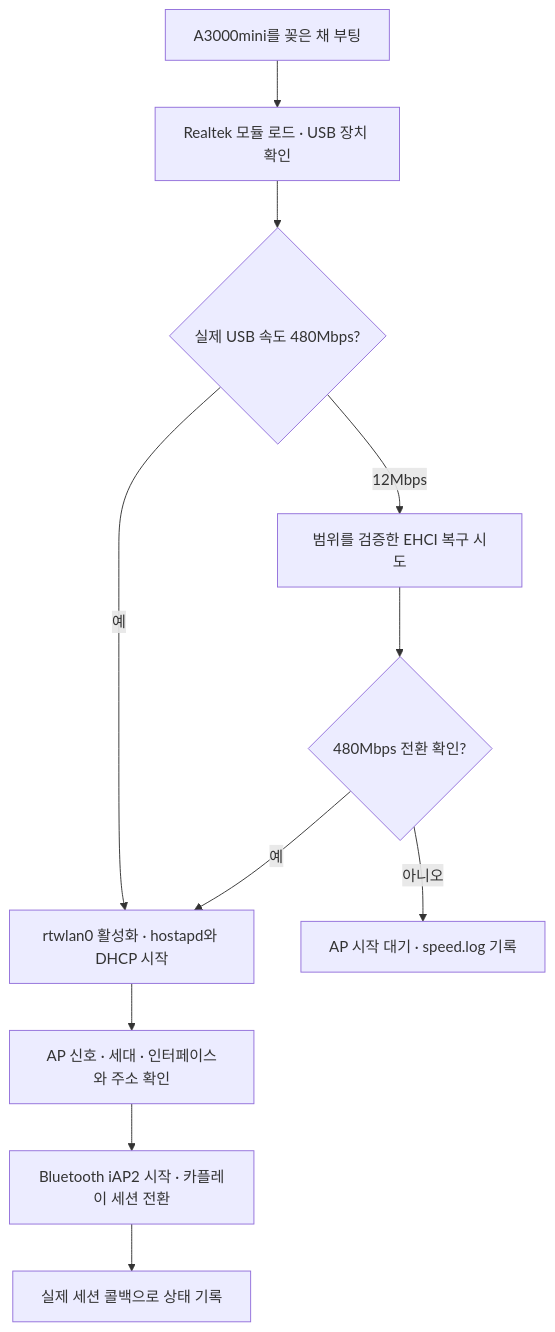
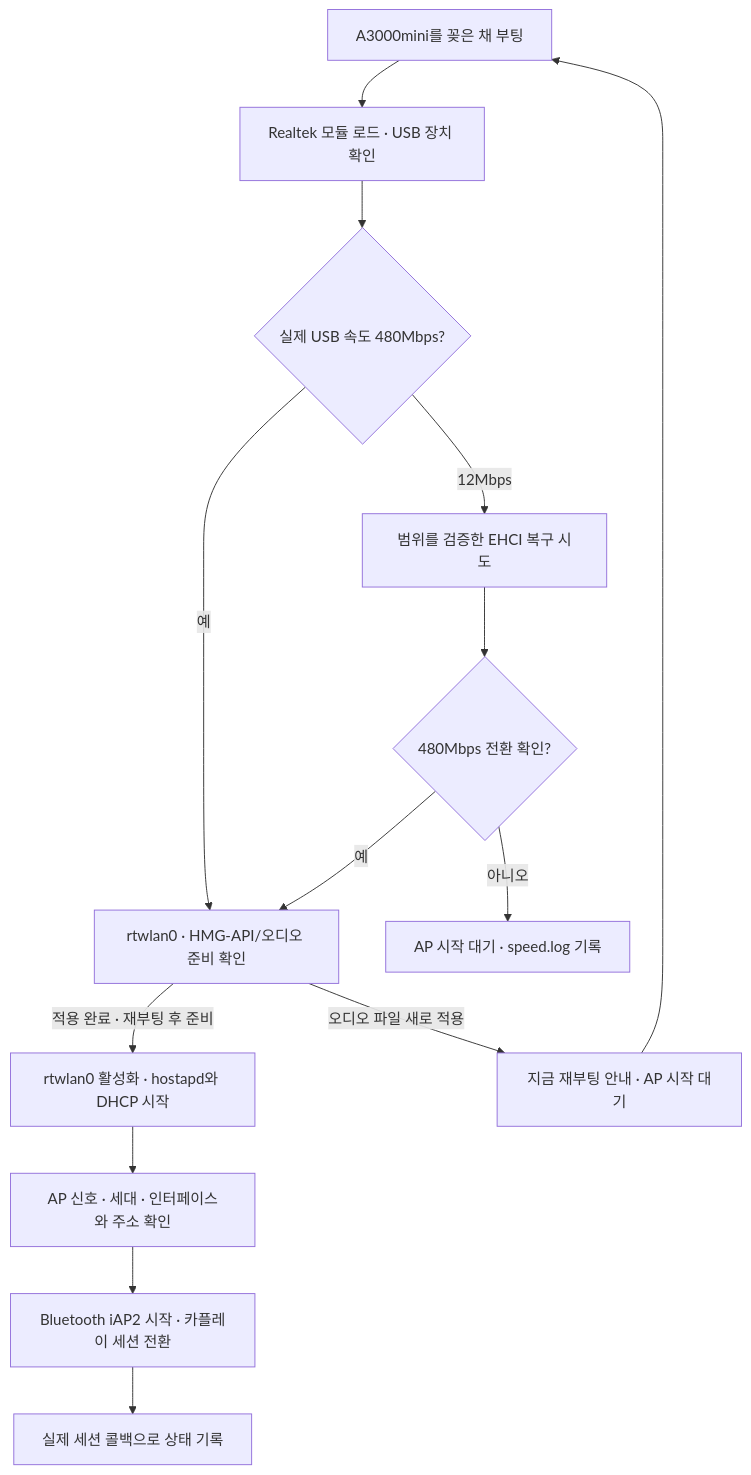
Before and after one commit to Seikoz/nemesis-gen5w-rtl8812bu-projection: the diagram in README.md, drawn with Mermaid. The commit also changed other lines of this file and 3 other files, not shown here.

````diff
--- a/README.md
+++ b/README.md
@@ -70,13 +72,16 @@
 ```mermaid
 flowchart TD
     A["A3000mini를 꽂은 채 부팅"] --> B["Realtek 모듈 로드 · USB 장치 확인"]
     B --> C{"실제 USB 속도 480Mbps?"}
-    C -->|예| D["rtwlan0 활성화 · hostapd와 DHCP 시작"]
+    C -->|예| K["rtwlan0 · HMG-API/오디오 준비 확인"]
     C -->|12Mbps| E["범위를 검증한 EHCI 복구 시도"]
     E --> F{"480Mbps 전환 확인?"}
-    F -->|예| D
+    F -->|예| K
     F -->|아니오| G["AP 시작 대기 · speed.log 기록"]
+    K -->|적용 완료 · 재부팅 후 준비| D["rtwlan0 활성화 · hostapd와 DHCP 시작"]
+    K -->|오디오 파일 새로 적용| R["지금 재부팅 안내 · AP 시작 대기"]
+    R --> A
     D --> H["AP 신호 · 세대 · 인터페이스와 주소 확인"]
     H --> I["Bluetooth iAP2 시작 · 카플레이 세션 전환"]
     I --> J["실제 세션 콜백으로 상태 기록"]
 ```
````
